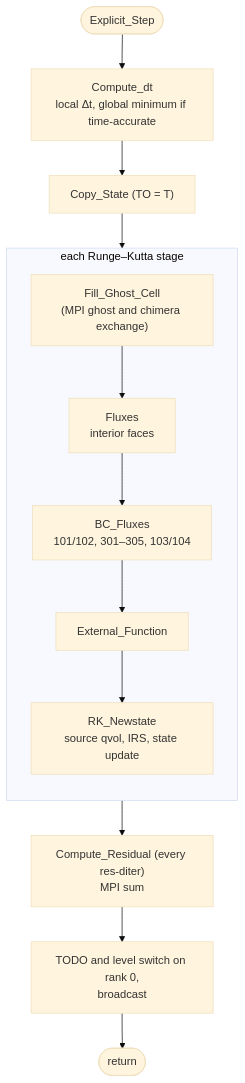
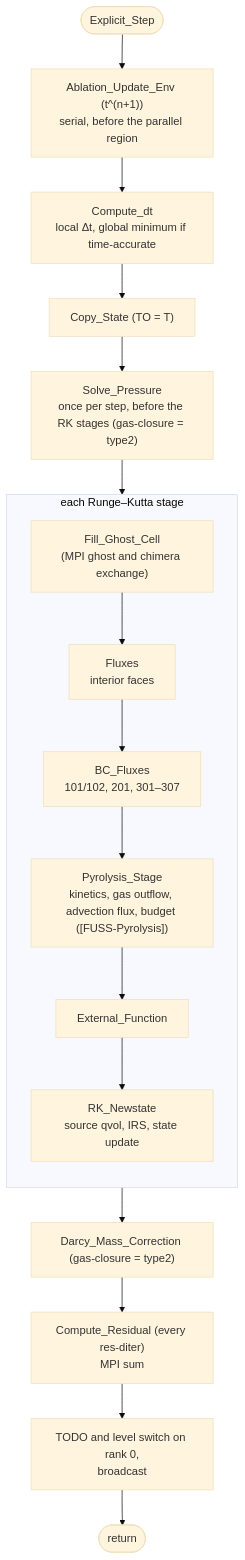
One commit to open-hydra/FUSS changed the fourth of 6 diagrams in docs/development/structure.md. Above: the diagram before and after it, drawn with Mermaid (base theme). The commit also changed other lines of this file and 16 other files, not shown here.

````diff
--- a/docs/development/structure.md
+++ b/docs/development/structure.md
@@ -212,18 +233,22 @@
 ```mermaid
 flowchart TB
-    Start([Explicit_Step]) --> DT["Compute_dt<br/>local Δt, global minimum if time-accurate"]
+    Start([Explicit_Step]) --> Env["Ablation_Update_Env (t^(n+1))<br/>serial, before the parallel region"]
+    Env --> DT["Compute_dt<br/>local Δt, global minimum if time-accurate"]
     DT --> Copy["Copy_State (TO = T)"]
+    Copy --> Darcy["Solve_Pressure<br/>once per step, before the RK stages (gas-closure = type2)"]
 
     subgraph RK ["each Runge–Kutta stage"]
         direction TB
         Ghost["Fill_Ghost_Cell<br/>(MPI ghost and chimera exchange)"] --> Diff["Fluxes<br/>interior faces"]
-        Diff --> BCF["BC_Fluxes<br/>101/102, 301–305, 103/104"]
-        BCF --> Ext["External_Function"]
+        Diff --> BCF["BC_Fluxes<br/>101/102, 201, 301–307"]
+        BCF --> Pyro["Pyrolysis_Stage<br/>kinetics, gas outflow, advection flux, budget ([FUSS-Pyrolysis])"]
+        Pyro --> Ext["External_Function"]
         Ext --> Update["RK_Newstate<br/>source qvol, IRS, state update"]
     end
 
-    Copy --> RK
-    RK --> Res["Compute_Residual (every res-diter)<br/>MPI sum"]
+    Darcy --> RK
+    RK --> DarcyCorr["Darcy_Mass_Correction (gas-closure = type2)"]
+    DarcyCorr --> Res["Compute_Residual (every res-diter)<br/>MPI sum"]
     Res --> Flags["TODO and level switch on rank 0,<br/>broadcast"]
     Flags --> End([return])
 ```
````
